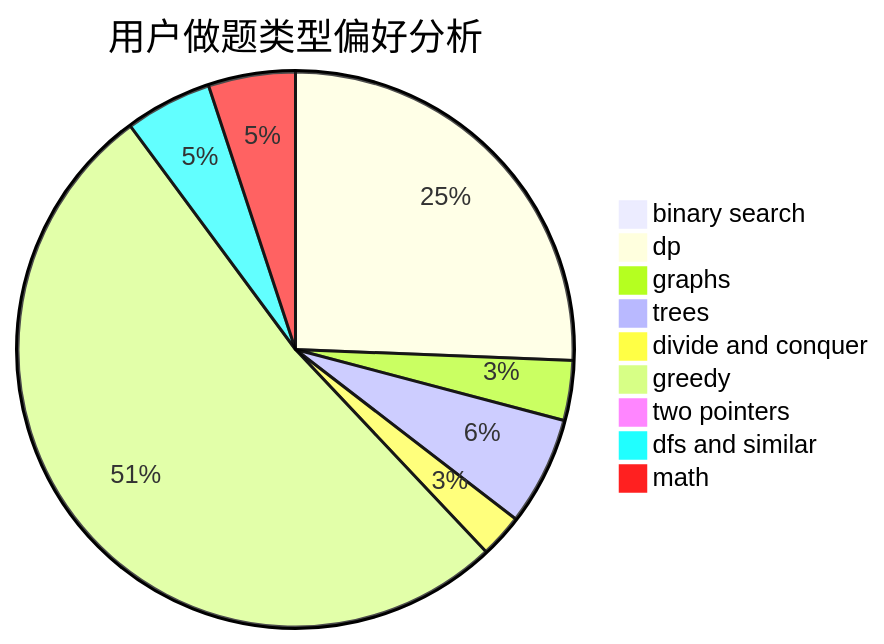
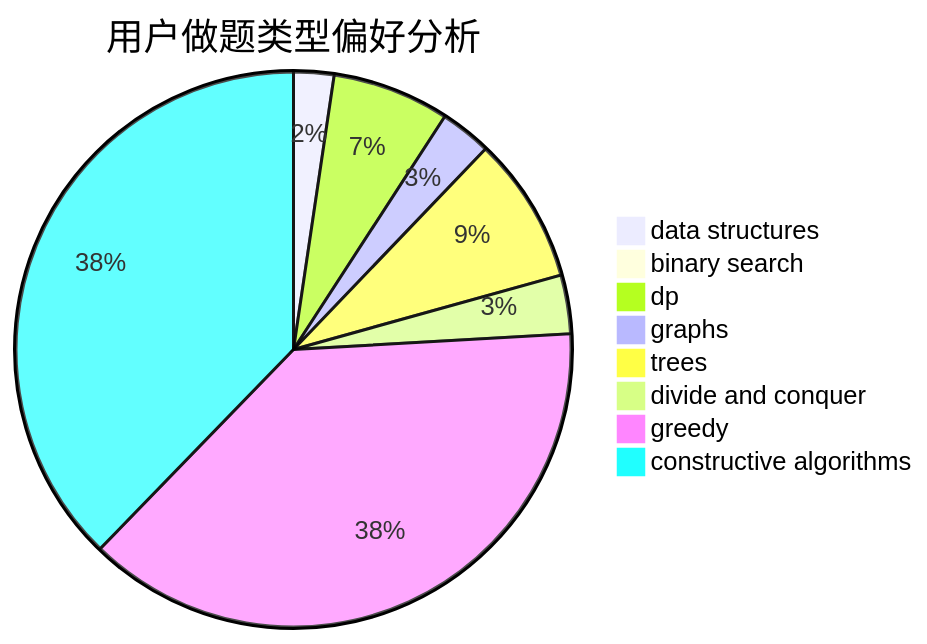
The second of 3 diagrams in docs/user/u2634.md (sherpahu/cfrs.github.io), drawn with Mermaid before and after one commit. The commit also changed other lines of this file and 2775 other files, not shown here.

````diff
--- a/docs/user/u2634.md
+++ b/docs/user/u2634.md
@@ -23,12 +23,11 @@
 ```mermaid
 pie title 用户做题类型偏好分析
-    "binary search" :  6
-    "dp" :  162
-    "graphs" :  22
+    "data structures" :  11
+    "binary search" :  1
+    "dp" :  32
+    "graphs" :  14
     "trees" :  40
     "divide and conquer" :  16
-    "greedy" :  328
-    "two pointers" :  0
-    "dfs and similar" :  32
-    "math" :  32
+    "greedy" :  179
+    "constructive algorithms" :  177
 ```
````
